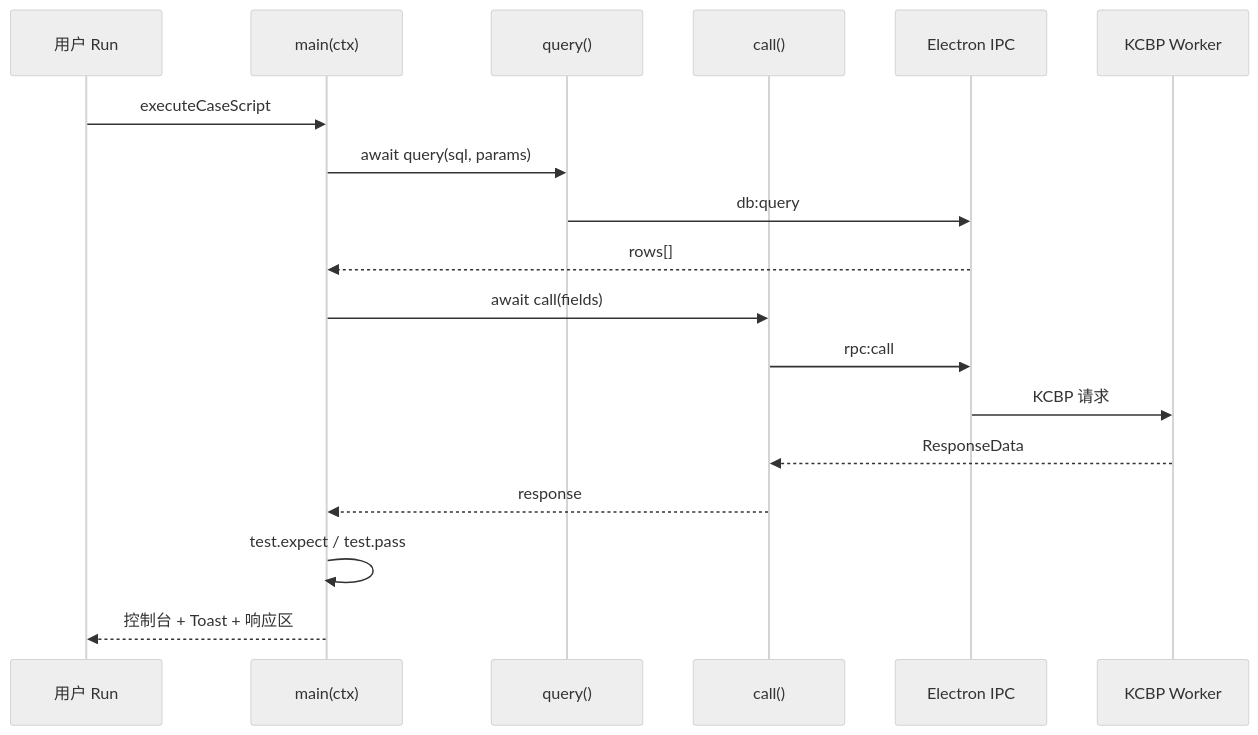
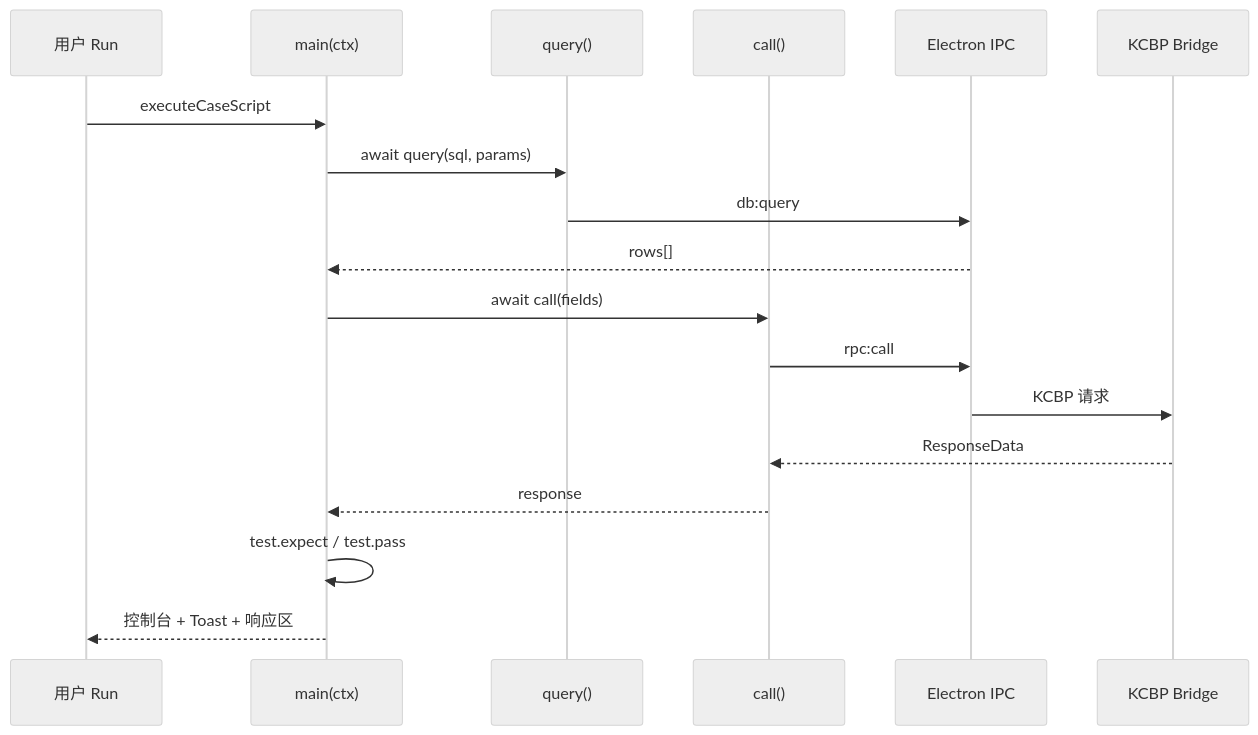
Before and after one commit to mleo027/GoldenR: the first of 2 diagrams in docs/script-automation.md, drawn with Mermaid (neutral theme). The commit also changed other lines of this file and 20 other files, not shown here.

````diff
--- a/docs/script-automation.md
+++ b/docs/script-automation.md
@@ -80,23 +80,23 @@
 ```mermaid
 sequenceDiagram
     participant User as 用户 Run
     participant Script as main(ctx)
     participant Query as query()
     participant Call as call()
     participant IPC as Electron IPC
-    participant KCBP as KCBP Worker
+    participant KCBP as KCBP Bridge
 
     User->>Script: executeCaseScript
     Script->>Query: await query(sql, params)
     Query->>IPC: db:query
     IPC-->>Script: rows[]
 
     Script->>Call: await call(fields)
     Call->>IPC: rpc:call
     IPC->>KCBP: KCBP 请求
     KCBP-->>Call: ResponseData
     Call-->>Script: response
 
     Script->>Script: test.expect / test.pass
     Script-->>User: 控制台 + Toast + 响应区
 ```
````
